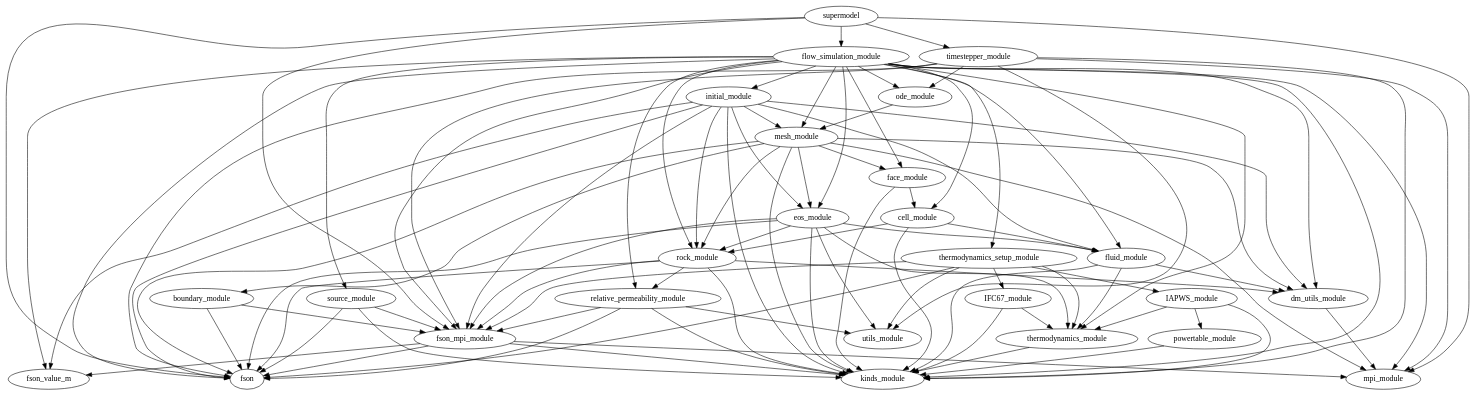
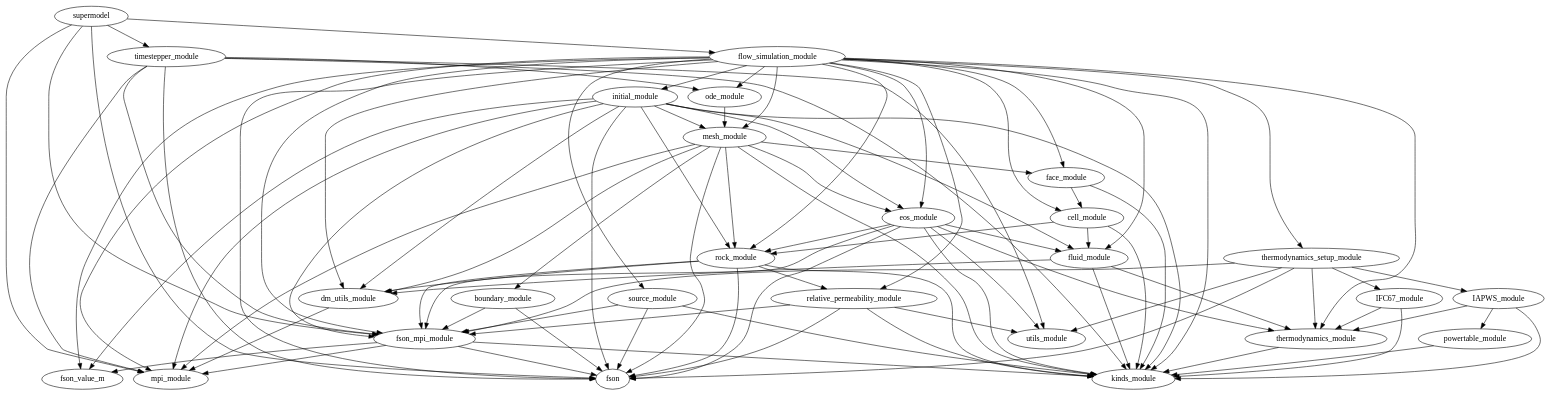
Before and after one commit to waiwera/waiwera: the diagram in doc/depends.dot, drawn with Graphviz. The commit also changed 4 other files, not shown here.

```diff
--- a/doc/depends.dot
+++ b/doc/depends.dot
@@ -1,96 +1,97 @@
 digraph supermodel{
         fluid_module -> dm_utils_module
         fluid_module -> kinds_module
         fluid_module -> thermodynamics_module
         eos_module -> fluid_module
         eos_module -> fson
         eos_module -> fson_mpi_module
         eos_module -> kinds_module
         eos_module -> rock_module
         eos_module -> thermodynamics_module
         eos_module -> utils_module
         rock_module -> dm_utils_module
         rock_module -> fson
         rock_module -> fson_mpi_module
         rock_module -> kinds_module
         rock_module -> relative_permeability_module
         powertable_module -> kinds_module
         ode_module -> mesh_module
         dm_utils_module -> mpi_module
         cell_module -> fluid_module
         cell_module -> kinds_module
         cell_module -> rock_module
         boundary_module -> fson
         boundary_module -> fson_mpi_module
         flow_simulation_module -> cell_module
         flow_simulation_module -> dm_utils_module
         flow_simulation_module -> eos_module
         flow_simulation_module -> face_module
         flow_simulation_module -> fluid_module
         flow_simulation_module -> fson
         flow_simulation_module -> fson_mpi_module
         flow_simulation_module -> fson_value_m
         flow_simulation_module -> initial_module
         flow_simulation_module -> kinds_module
         flow_simulation_module -> mesh_module
         flow_simulation_module -> mpi_module
         flow_simulation_module -> ode_module
         flow_simulation_module -> relative_permeability_module
         flow_simulation_module -> rock_module
         flow_simulation_module -> source_module
         flow_simulation_module -> thermodynamics_module
         flow_simulation_module -> thermodynamics_setup_module
         thermodynamics_module -> kinds_module
         face_module -> cell_module
         face_module -> kinds_module
         initial_module -> dm_utils_module
         initial_module -> eos_module
         initial_module -> fluid_module
         initial_module -> fson
         initial_module -> fson_mpi_module
         initial_module -> fson_value_m
         initial_module -> kinds_module
         initial_module -> mesh_module
+        initial_module -> mpi_module
         initial_module -> rock_module
         mesh_module -> boundary_module
         mesh_module -> dm_utils_module
         mesh_module -> eos_module
         mesh_module -> face_module
         mesh_module -> fson
         mesh_module -> kinds_module
         mesh_module -> mpi_module
         mesh_module -> rock_module
         fson_mpi_module -> fson
         fson_mpi_module -> fson_value_m
         fson_mpi_module -> kinds_module
         fson_mpi_module -> mpi_module
         IFC67_module -> kinds_module
         IFC67_module -> thermodynamics_module
         supermodel -> flow_simulation_module
         supermodel -> fson
         supermodel -> fson_mpi_module
         supermodel -> mpi_module
         supermodel -> timestepper_module
         source_module -> fson
         source_module -> fson_mpi_module
         source_module -> kinds_module
         IAPWS_module -> kinds_module
         IAPWS_module -> powertable_module
         IAPWS_module -> thermodynamics_module
         thermodynamics_setup_module -> IAPWS_module
         thermodynamics_setup_module -> IFC67_module
         thermodynamics_setup_module -> fson
         thermodynamics_setup_module -> fson_mpi_module
         thermodynamics_setup_module -> thermodynamics_module
         thermodynamics_setup_module -> utils_module
         timestepper_module -> fson
         timestepper_module -> fson_mpi_module
         timestepper_module -> kinds_module
         timestepper_module -> mpi_module
         timestepper_module -> ode_module
         timestepper_module -> utils_module
         relative_permeability_module -> fson
         relative_permeability_module -> fson_mpi_module
         relative_permeability_module -> kinds_module
         relative_permeability_module -> utils_module
 }
```
